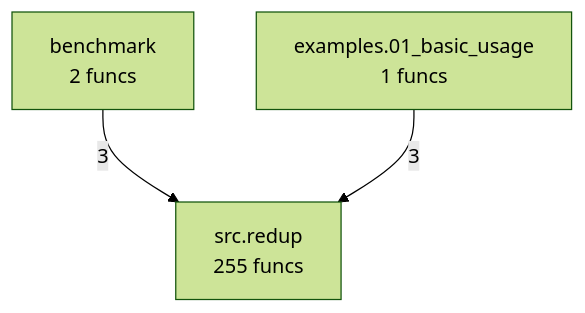
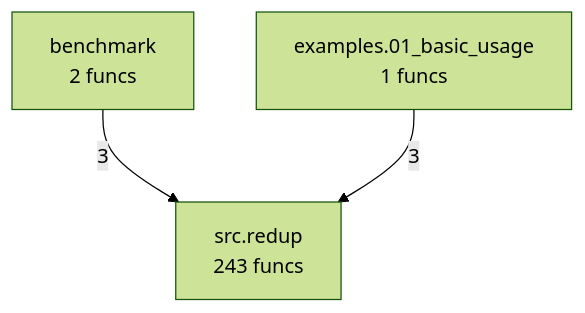
The diagram in project/compact_flow.mmd (semcod/redup), drawn with Mermaid (forest theme) before and after one commit. The commit also changed 25 other files, not shown here.

```diff
--- a/project/compact_flow.mmd
+++ b/project/compact_flow.mmd
@@ -1,6 +1,6 @@
 flowchart TD
     benchmark["benchmark<br/>2 funcs"]
     examples_01_basic_usage["examples.01_basic_usage<br/>1 funcs"]
-    src_redup["src.redup<br/>255 funcs"]
+    src_redup["src.redup<br/>243 funcs"]
     benchmark -->|3| src_redup
     examples_01_basic_usage -->|3| src_redup
```
